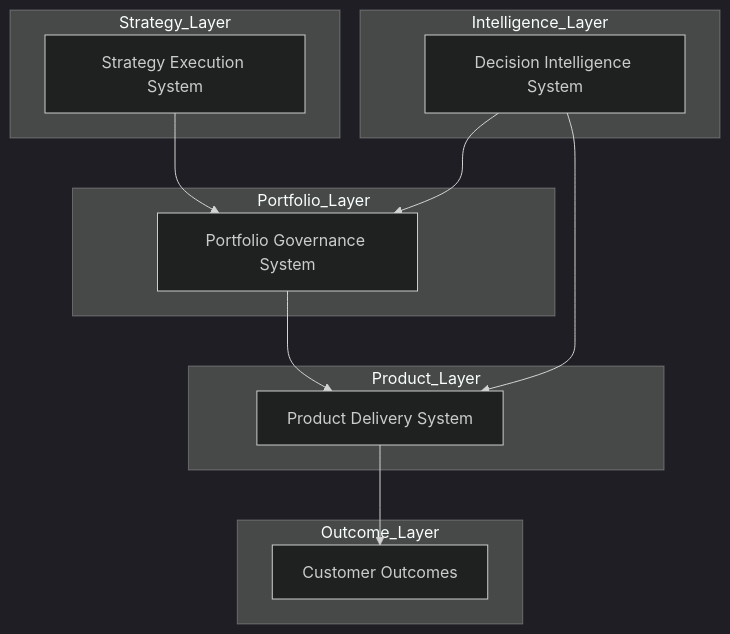
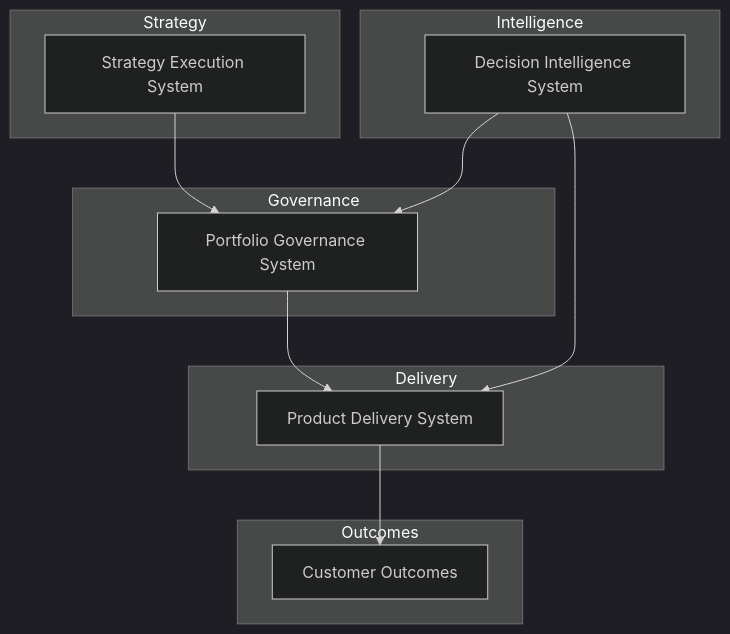
The diagram in README.md (ChuckFerrando/ChuckFerrando), drawn with Mermaid (dark theme) before and after one commit. The commit also changed other lines of this file, not shown here.

````diff
--- a/README.md
+++ b/README.md
@@ -9,30 +11,30 @@
 ```mermaid
 flowchart TB
 
-subgraph Strategy_Layer
+subgraph Strategy
 A[Strategy Execution System]
 end
 
-subgraph Portfolio_Layer
+subgraph Governance
 B[Portfolio Governance System]
 end
 
-subgraph Product_Layer
+subgraph Delivery
 C[Product Delivery System]
 end
 
-subgraph Outcome_Layer
+subgraph Outcomes
 D[Customer Outcomes]
 end
 
-subgraph Intelligence_Layer
+subgraph Intelligence
 E[Decision Intelligence System]
 end
 
 A --> B
 B --> C
 C --> D
 
 E --> B
 E --> C
 ```
````
